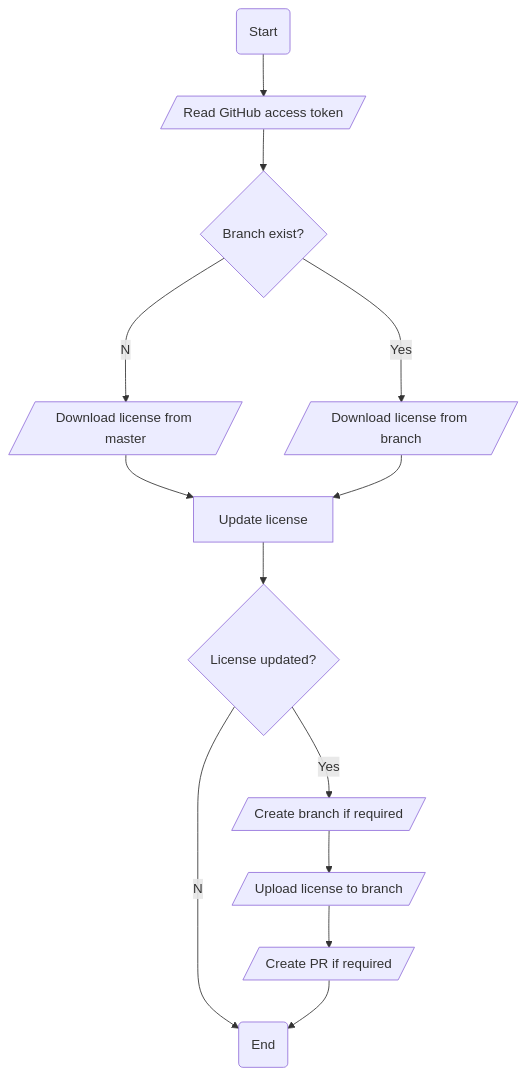
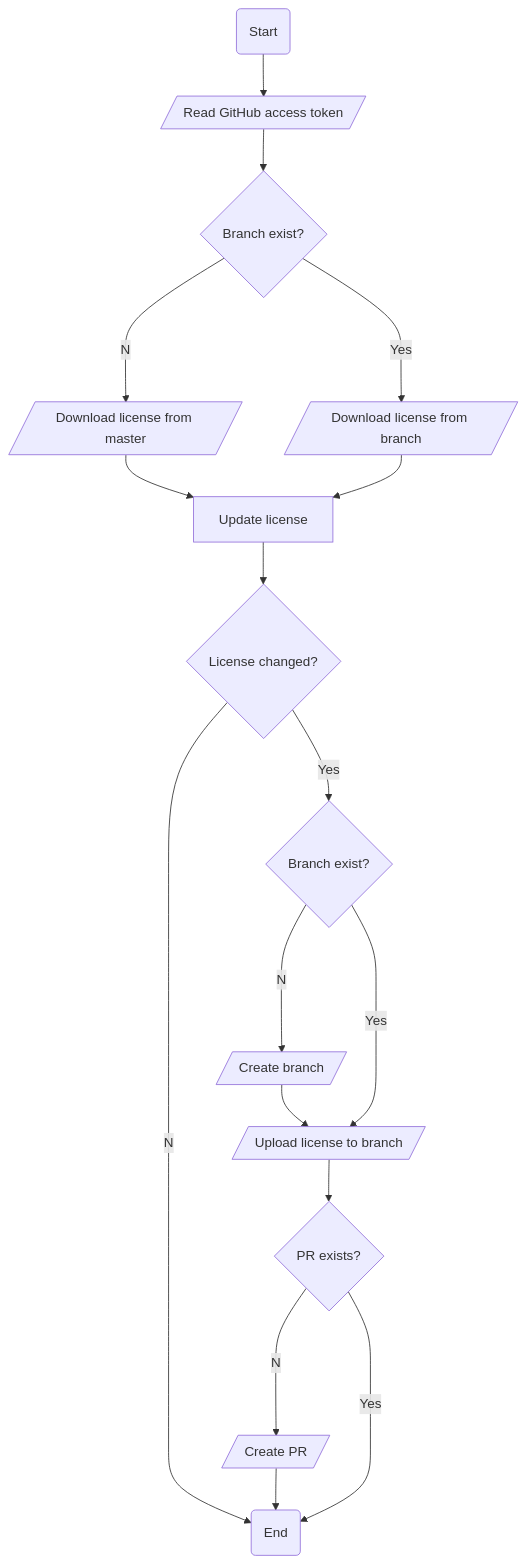
Before and after one commit to FantasticFiasco/action-update-license-year: the diagram in doc/Action flowchart.md, drawn with Mermaid. The commit also changed 2 other files, not shown here.

````diff
--- a/doc/Action flowchart.md
+++ b/doc/Action flowchart.md
@@ -5,28 +5,35 @@
 ```mermaid
 graph TB
     START(Start)
     END(End)
 
     %% Input/Output
     IO_READ_GITHUB_ACCESS_TOKEN[/Read GitHub access token/]
     IO_DOWNLOAD_LICENSE_FROM_MASTER[/Download license from master/]
     IO_DOWNLOAD_LICENSE_FROM_BRANCH[/Download license from branch/]
     IO_UPLOAD_LICENSE_TO_BRANCH[/Upload license to branch/]
-    IO_CREATE_BRANCH_IF_REQUIRED[/Create branch if required/]
-    IO_CREATE_PR_IF_REQUIRED[/Create PR if required/]
+    IO_CREATE_BRANCH[/Create branch/]
+    IO_CREATE_PR[/Create PR/]
 
     %% Decision
-    D_BRANCH_EXISTS{Branch exist?}
-    D_LICENSE_UPDATED{License updated?}
+    D_BRANCH_EXISTS_1{Branch exist?}
+    D_BRANCH_EXISTS_2{Branch exist?}
+    D_LICENSE_CHANGED{License changed?}
+    D_PR_EXISTS{PR exists?}
 
     %% Process
     P_UPDATE_LICENSE[Update license]
 
     %% Workflow definition
-    START --> IO_READ_GITHUB_ACCESS_TOKEN --> D_BRANCH_EXISTS
-    D_BRANCH_EXISTS --No--> IO_DOWNLOAD_LICENSE_FROM_MASTER --> P_UPDATE_LICENSE
-    D_BRANCH_EXISTS --Yes--> IO_DOWNLOAD_LICENSE_FROM_BRANCH --> P_UPDATE_LICENSE
-    P_UPDATE_LICENSE --> D_LICENSE_UPDATED
-    D_LICENSE_UPDATED --No--> END
-    D_LICENSE_UPDATED --Yes--> IO_CREATE_BRANCH_IF_REQUIRED --> IO_UPLOAD_LICENSE_TO_BRANCH --> IO_CREATE_PR_IF_REQUIRED --> END
+    START --> IO_READ_GITHUB_ACCESS_TOKEN --> D_BRANCH_EXISTS_1
+    D_BRANCH_EXISTS_1 --No--> IO_DOWNLOAD_LICENSE_FROM_MASTER --> P_UPDATE_LICENSE
+    D_BRANCH_EXISTS_1 --Yes--> IO_DOWNLOAD_LICENSE_FROM_BRANCH --> P_UPDATE_LICENSE
+    P_UPDATE_LICENSE --> D_LICENSE_CHANGED
+    D_LICENSE_CHANGED --No--> END
+    D_LICENSE_CHANGED --Yes--> D_BRANCH_EXISTS_2
+    D_BRANCH_EXISTS_2 --No--> IO_CREATE_BRANCH --> IO_UPLOAD_LICENSE_TO_BRANCH
+    D_BRANCH_EXISTS_2 --Yes--> IO_UPLOAD_LICENSE_TO_BRANCH
+    IO_UPLOAD_LICENSE_TO_BRANCH --> D_PR_EXISTS
+    D_PR_EXISTS --No--> IO_CREATE_PR --> END
+    D_PR_EXISTS --Yes--> END
 ```
````
